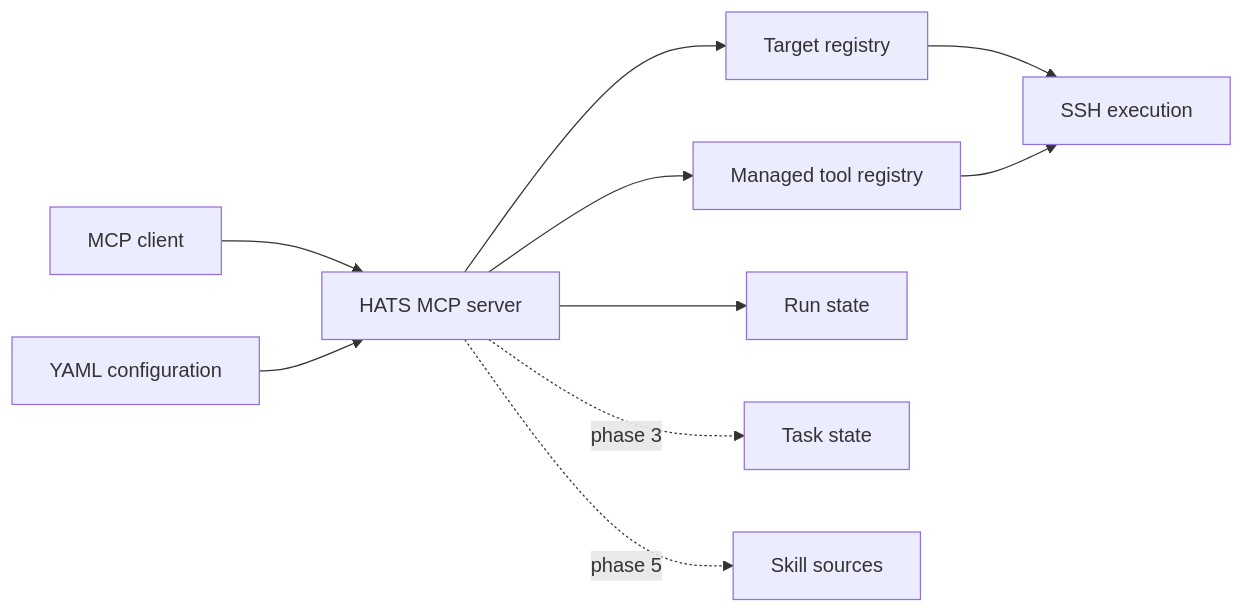
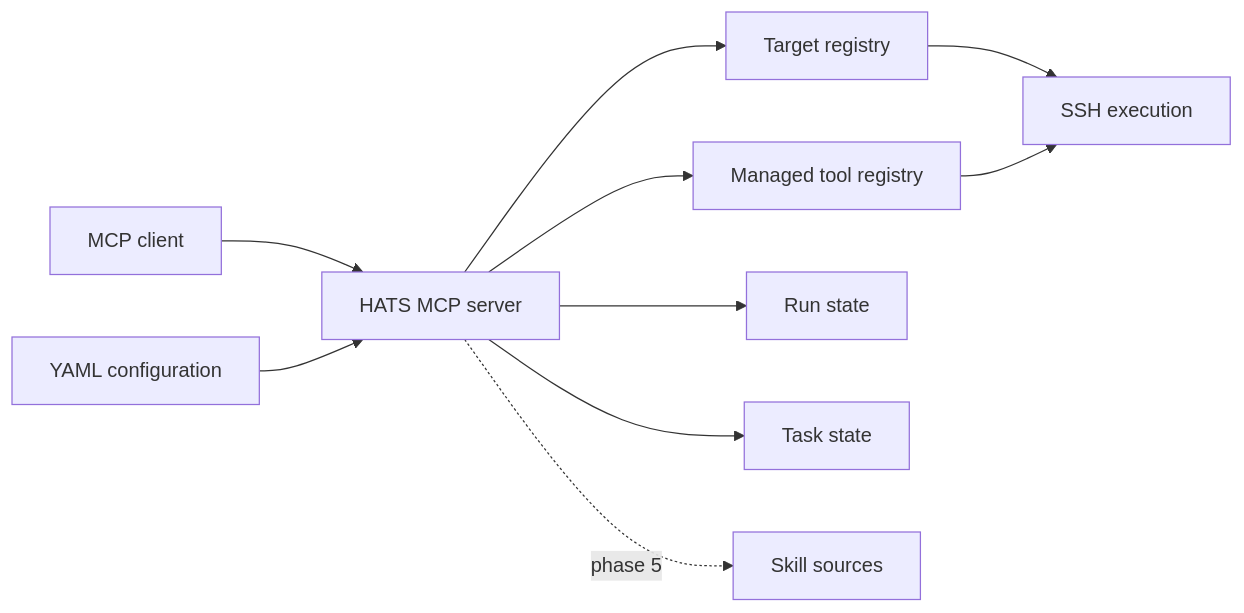
One commit to X1pheR/hypershell-reach changed the first of 4 diagrams in docs/architecture.md. Above: the diagram before and after it, drawn with Mermaid. The commit also changed 7 other files, not shown here.

````diff
--- a/docs/architecture.md
+++ b/docs/architecture.md
@@ -7,12 +7,12 @@
 ```mermaid
 flowchart LR
     Client[MCP client] --> Server[HATS MCP server]
     Config[YAML configuration] --> Server
     Server --> Targets[Target registry]
     Server --> Tools[Managed tool registry]
     Targets --> SSH[SSH execution]
     Tools --> SSH
     Server --> Runs[Run state]
-    Server -. phase 3 .-> Tasks[Task state]
+    Server --> Tasks[Task state]
     Server -. phase 5 .-> Skills[Skill sources]
 ```
````
